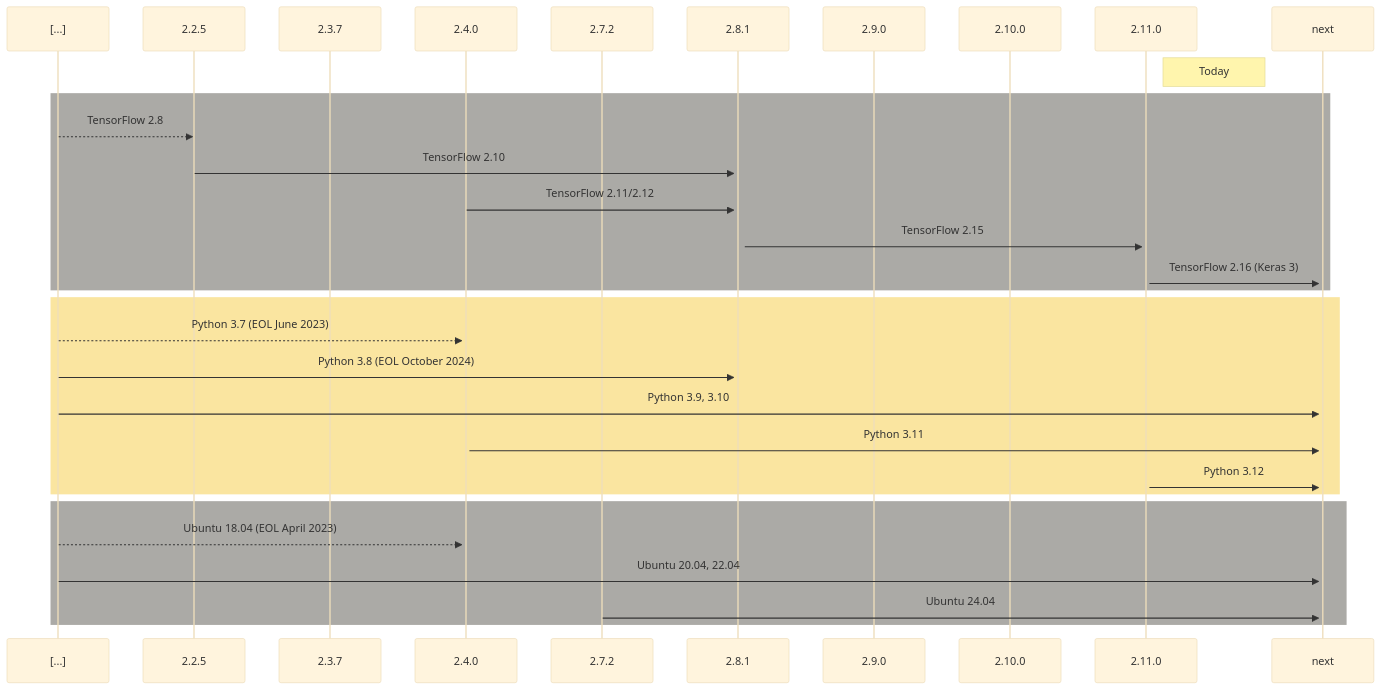
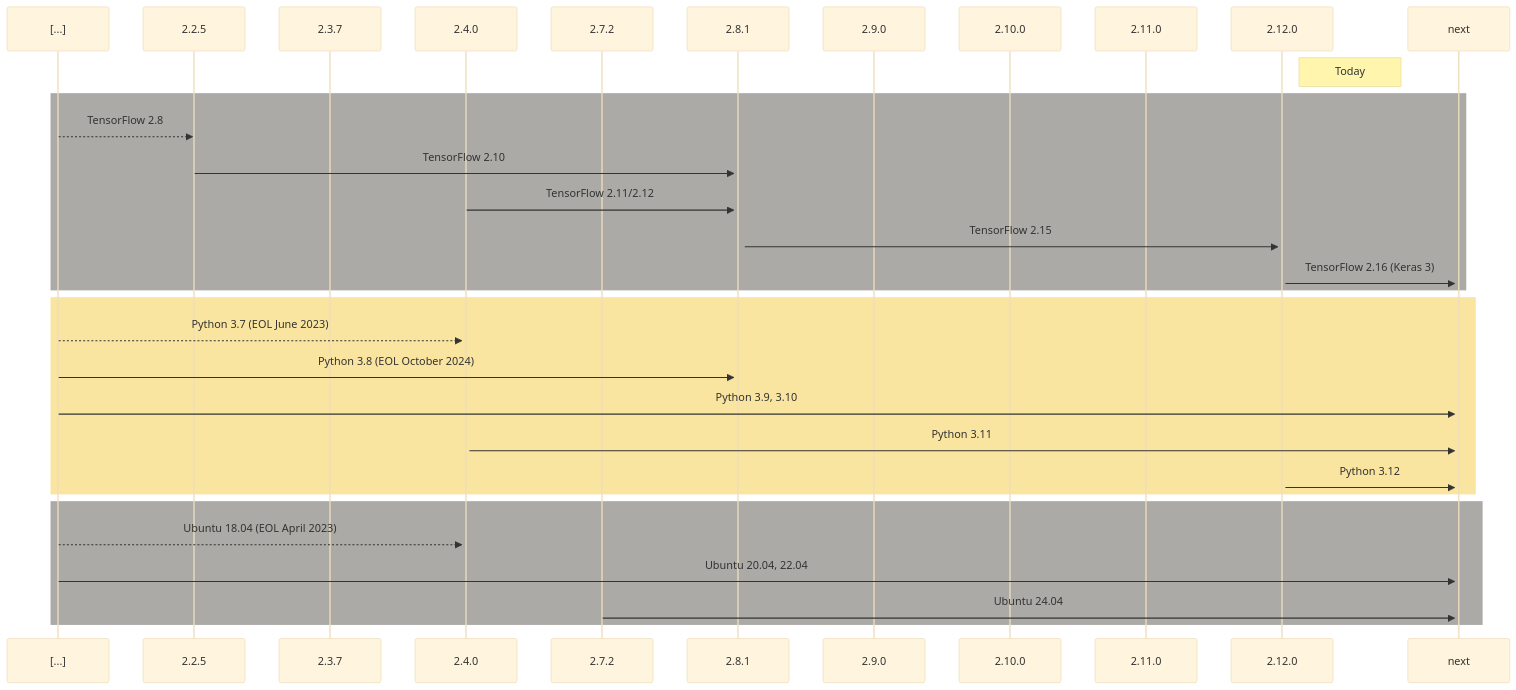
Before and after one commit to Brainchip-Inc/akida_examples: the diagram in README.md, drawn with Mermaid. The commit also changed 1 other file, not shown here.

Commit message:
chore(requirements): update to 2.12.0
Also bump models to 1.6.3.

````diff
--- a/README.md
+++ b/README.md
@@ -67,34 +67,35 @@
 ```mermaid
 sequenceDiagram
     participant [...]
     participant 2.2.5
     participant 2.3.7
     participant 2.4.0
     participant 2.7.2
     participant 2.8.1
     participant 2.9.0
     participant 2.10.0
     participant 2.11.0
+    participant 2.12.0
     participant next
-    Note right of 2.11.0: Today
+    Note right of 2.12.0: Today
 rect rgb(171, 170, 166)
     [...]-->>2.2.5: TensorFlow 2.8
     2.2.5->>+2.8.1: TensorFlow 2.10
     2.4.0->>+2.8.1: TensorFlow 2.11/2.12
-    2.8.1->>+2.11.0: TensorFlow 2.15
-    2.11.0->>+next: TensorFlow 2.16 (Keras 3)
+    2.8.1->>+2.12.0: TensorFlow 2.15
+    2.12.0->>+next: TensorFlow 2.16 (Keras 3)
 end
 rect rgb(250, 229, 160)
     [...]-->>+2.4.0: Python 3.7 (EOL June 2023)
     [...]->>+2.8.1: Python 3.8 (EOL October 2024)
     [...]->>+next: Python 3.9, 3.10
     2.4.0->>+next: Python 3.11
-    2.11.0->>+next: Python 3.12
+    2.12.0->>+next: Python 3.12
 end
 rect rgb(171, 170, 166)
     [...]-->>+2.4.0: Ubuntu 18.04 (EOL April 2023)
     [...]->>+next: Ubuntu 20.04, 22.04
     2.7.2->>+next: Ubuntu 24.04
 end
 %%{init:{'theme':'base'}}%%
 ```
````
